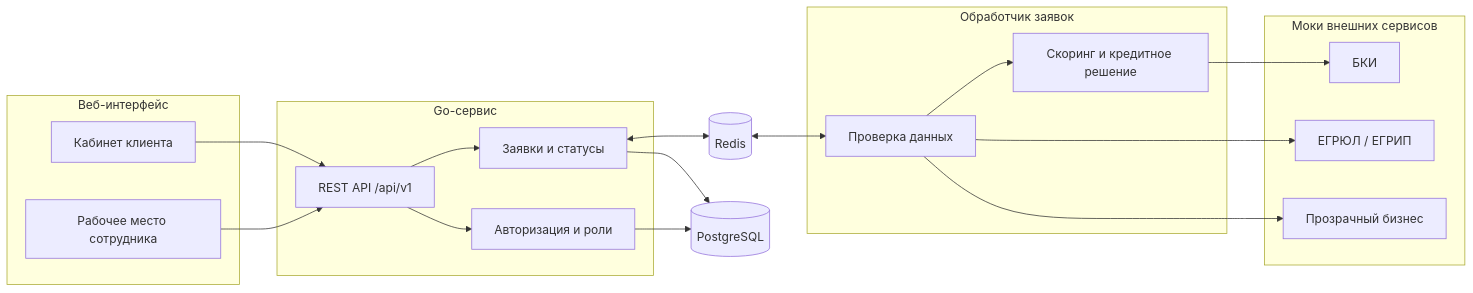
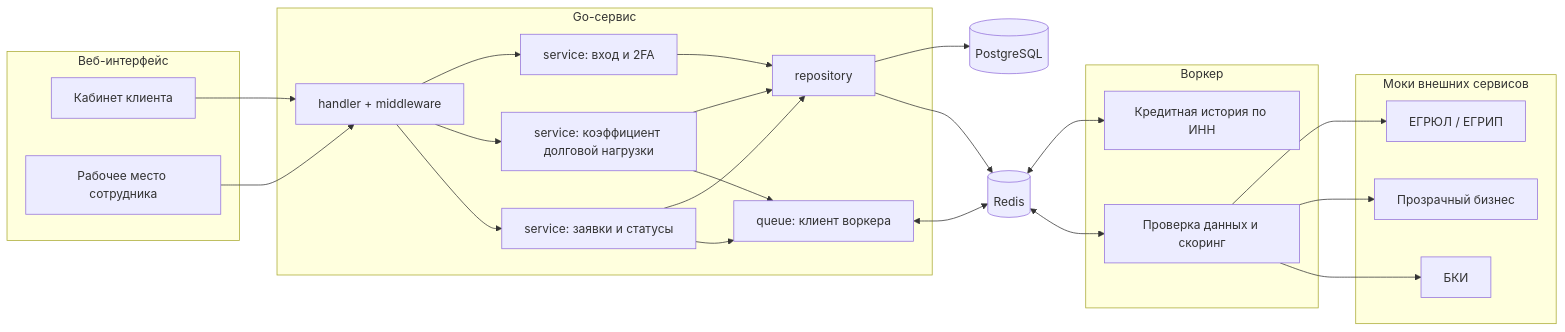
One commit to rudast/alpha-hack-2026 changed the first of 3 diagrams in docs/architecture.md. Above: the diagram before and after it, drawn with Mermaid. The commit also changed other lines of this file and 39 other files, not shown here.

First line of the commit message:
Добавить вход с 2FA и обновление коэффициента долговой нагрузки

````diff
--- a/docs/architecture.md
+++ b/docs/architecture.md
@@ -5,41 +5,50 @@
 ```mermaid
 flowchart LR
     subgraph Client[Веб-интерфейс]
         CL[Кабинет клиента]
         EM[Рабочее место сотрудника]
     end
 
     subgraph Backend[Go-сервис]
-        API[REST API /api/v1]
-        AUTH[Авторизация и роли]
-        APP[Заявки и статусы]
+        H[handler + middleware]
+        AUTH[service: вход и 2FA]
+        TRUST[service: коэффициент долговой нагрузки]
+        APP[service: заявки и статусы]
+        REPO[repository]
+        QC[queue: клиент воркера]
     end
 
     R[(Redis)]
 
-    subgraph Worker[Обработчик заявок]
-        CHK[Проверка данных]
-        SC[Скоринг и кредитное решение]
+    subgraph Worker[Воркер]
+        CH[Кредитная история по ИНН]
+        CHK[Проверка данных и скоринг]
     end
 
     subgraph Mocks[Моки внешних сервисов]
         BKI[БКИ]
         EGR[ЕГРЮЛ / ЕГРИП]
         PB[Прозрачный бизнес]
     end
 
     DB[(PostgreSQL)]
 
-    CL --> API
-    EM --> API
-    API --> AUTH
-    API --> APP
-    APP --> DB
-    AUTH --> DB
-    APP <--> R
+    CL --> H
+    EM --> H
+    H --> AUTH
+    H --> TRUST
+    H --> APP
+    AUTH --> REPO
+    TRUST --> REPO
+    APP --> REPO
+    TRUST --> QC
+    APP --> QC
+    REPO --> DB
+    REPO --> R
+    QC <--> R
+    R <--> CH
     R <--> CHK
-    CHK --> SC
     CHK --> EGR
     CHK --> PB
-    SC --> BKI
+    CHK --> BKI
 ```
````
